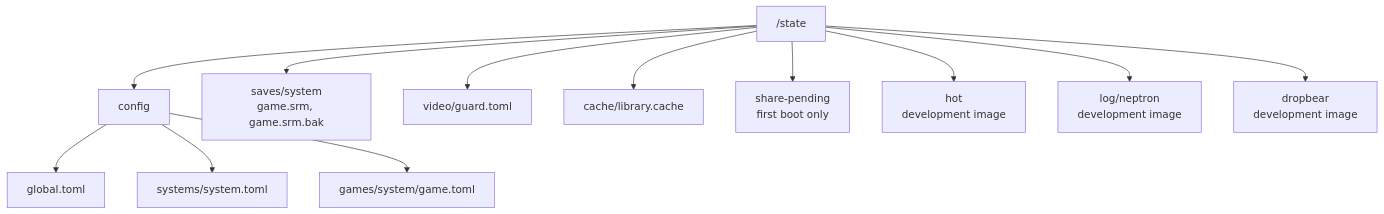
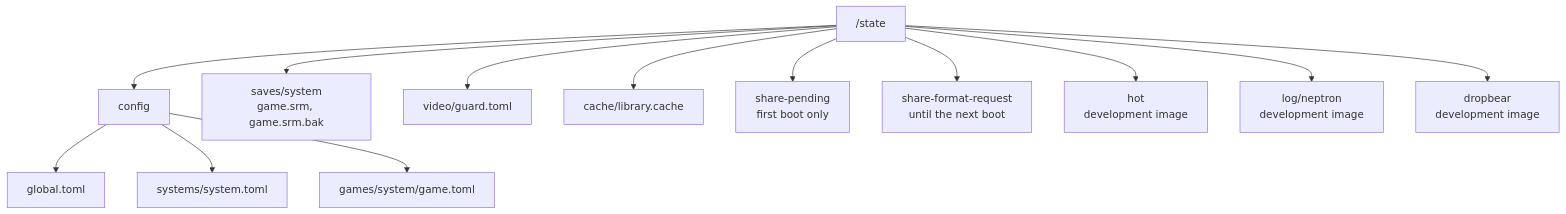
The second of 4 diagrams in docs/flows/08-on-disk.md (paologaleotti/neptron), drawn with Mermaid before and after one commit. The commit also changed other lines of this file and 4 other files, not shown here.

First line of the commit message:
docs: describe the format of the share partition that the user confirms

````diff
--- a/docs/flows/08-on-disk.md
+++ b/docs/flows/08-on-disk.md
@@ -20,14 +20,15 @@
 ```mermaid
 flowchart TD
     S["/state"] --> C["config"]
     C --> G["global.toml"]
     C --> SY["systems/system.toml"]
     C --> GA["games/system/game.toml"]
     S --> SV["saves/system<br/>game.srm, game.srm.bak"]
     S --> V["video/guard.toml"]
     S --> CA["cache/library.cache"]
     S --> SP["share-pending<br/>first boot only"]
+    S --> FR["share-format-request<br/>until the next boot"]
     S --> H["hot<br/>development image"]
     S --> L["log/neptron<br/>development image"]
     S --> D["dropbear<br/>development image"]
 ```
````
